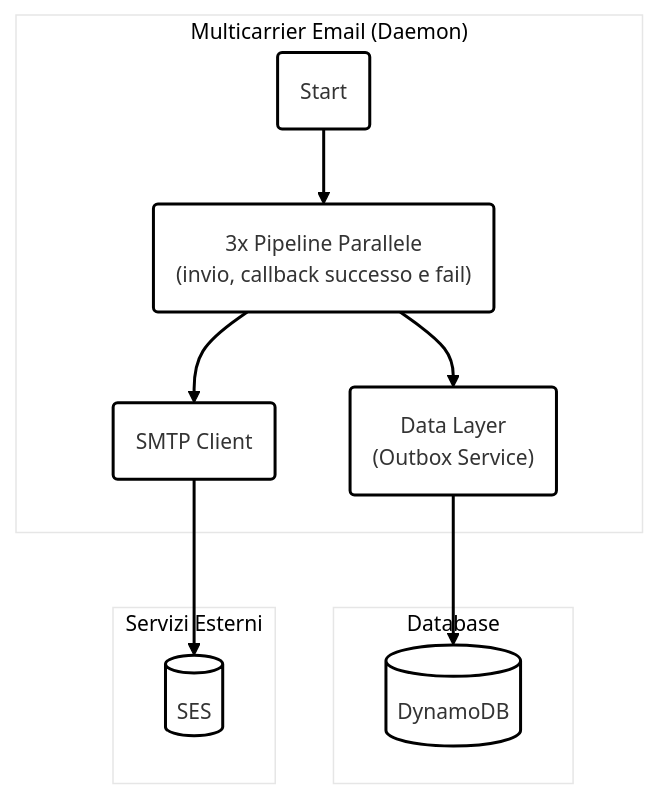
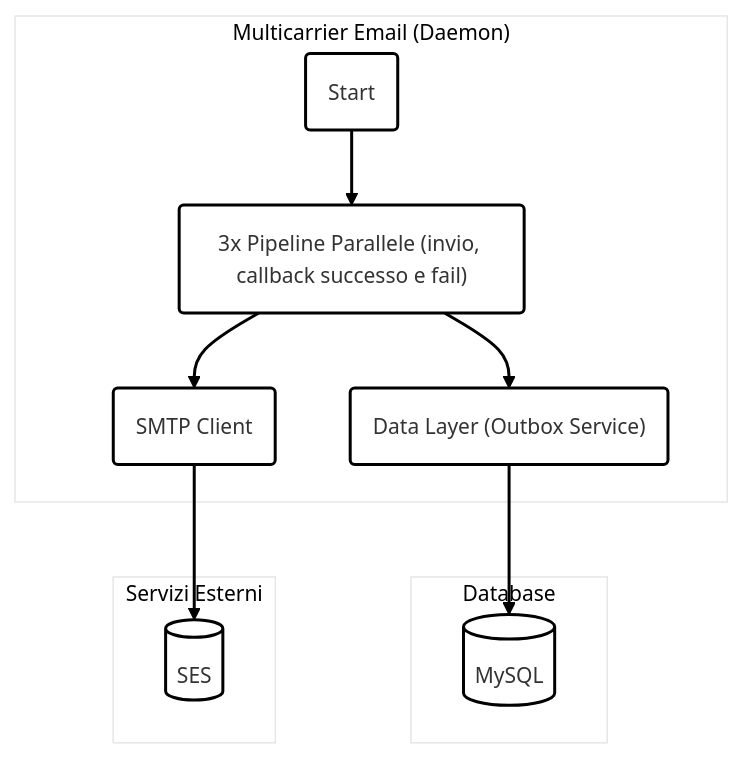
One commit to Multidialogo/mailculator-processor changed the diagram in docs/images/mermaids/architecture.mmd. Above: the diagram before and after it, drawn with Mermaid. The commit also changed 32 other files, not shown here.

```diff
--- a/docs/images/mermaids/architecture.mmd
+++ b/docs/images/mermaids/architecture.mmd
@@ -1,22 +1,22 @@
 ---
 config:
   theme: neo
   layout: dagre
 ---
 flowchart TD
  subgraph App["Multicarrier Email (Daemon)"]
-        Pipelines("3x Pipeline Parallele <br>(invio, callback successo e fail)")
+        Pipelines("3x Pipeline Parallele (invio, callback successo e fail)")
         AppCore("Start")
-        DataLayer("Data Layer<br>(Outbox Service)")
+        DataLayer("Data Layer (Outbox Service)")
         SmtpClient("SMTP Client")
   end
  subgraph Storage["Database"]
-        DynamoDB[("DynamoDB")]
+        MySQL[("MySQL")]
   end
  subgraph External["Servizi Esterni"]
         SMTPServer[("SES")]
   end
     AppCore --> Pipelines
     Pipelines --> DataLayer & SmtpClient
-    DataLayer --> DynamoDB
+    DataLayer --> MySQL
     SmtpClient --> SMTPServer
```
